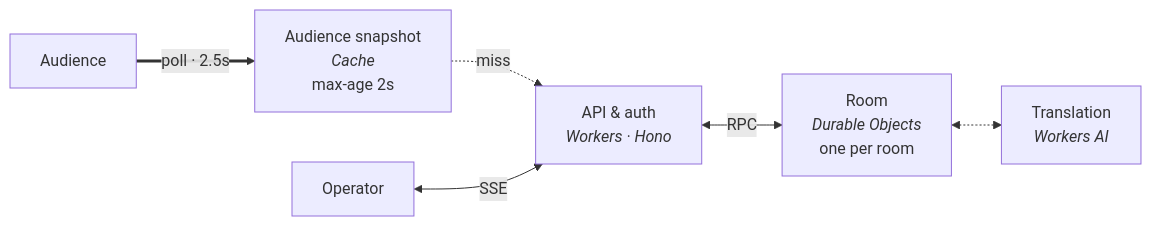
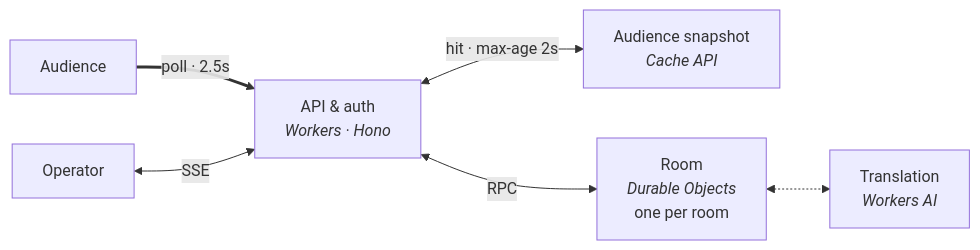
The diagram in README.md (kitsuyaazuma/live-qa), drawn with Mermaid before and after one commit.

Commit message:
docs: name the Cache API in the README diagram (#44)

````diff
--- a/README.md
+++ b/README.md
@@ -17,9 +17,9 @@
 ```mermaid
 flowchart LR
-  aud["Audience"] -->|"poll · 2.5s"| cache["Audience snapshot<br/><i>Cache</i><br/>max-age 2s"]
-  cache -.->|"miss"| worker["API & auth<br/><i>Workers · Hono</i>"]
+  aud["Audience"] -->|"poll · 2.5s"| worker["API & auth<br/><i>Workers · Hono</i>"]
   ops["Operator"] <-->|"SSE"| worker
+  worker <-->|"hit · max-age 2s"| cache["Audience snapshot<br/><i>Cache API</i>"]
   worker <-->|"RPC"| room["Room<br/><i>Durable Objects</i><br/>one per room"]
   room <-.-> ai["Translation<br/><i>Workers AI</i>"]
   linkStyle 0 stroke-width:3px
 ```
````
